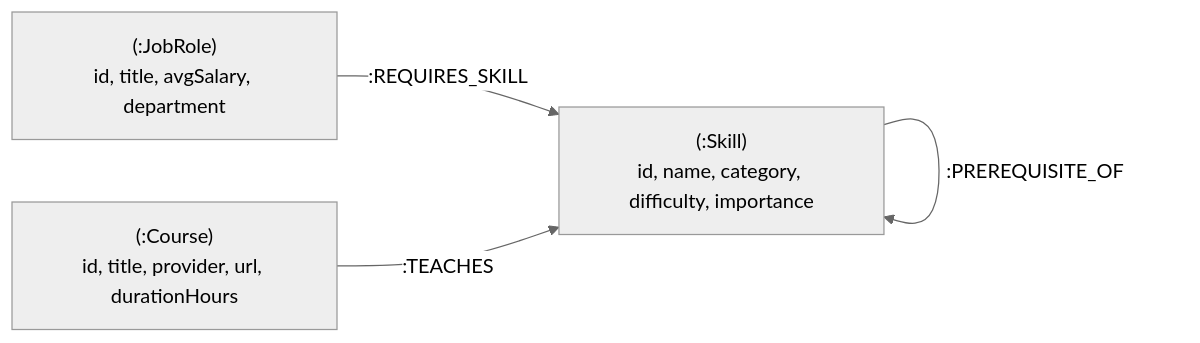
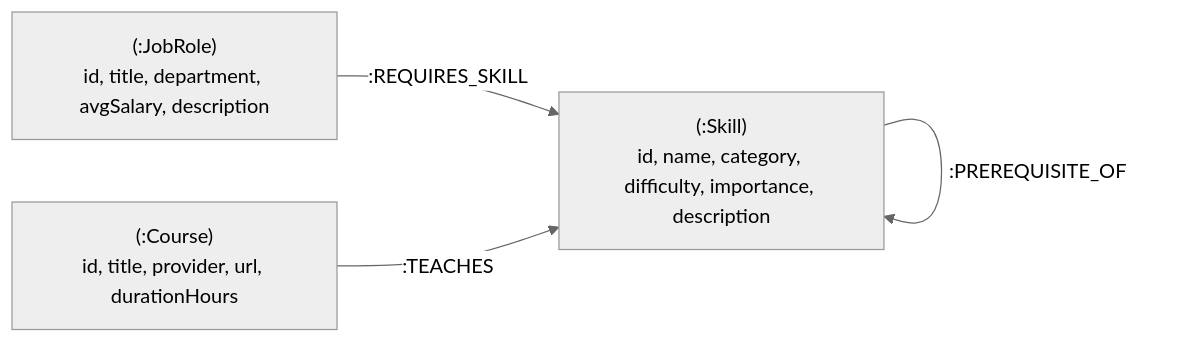
The diagram in README.md (suryavardhan1v4/SkillGraph-App), drawn with Mermaid (neutral theme) before and after one commit. The commit also changed other lines of this file, not shown here.

Commit message:
docs: Expand README with CognoDB setup guide, schema architecture, and Cypher query analysis

````diff
--- a/README.md
+++ b/README.md
@@ -22,10 +33,10 @@
 ```mermaid
 graph LR
-    JobRole["(:JobRole)<br/>id, title, avgSalary, department"]
-    Skill["(:Skill)<br/>id, name, category, difficulty, importance"]
+    JobRole["(:JobRole)<br/>id, title, department, avgSalary, description"]
+    Skill["(:Skill)<br/>id, name, category, difficulty, importance, description"]
     Course["(:Course)<br/>id, title, provider, url, durationHours"]
 
     JobRole -->|:REQUIRES_SKILL| Skill
     Skill -->|:PREREQUISITE_OF| Skill
     Course -->|:TEACHES| Skill
 ```
````
